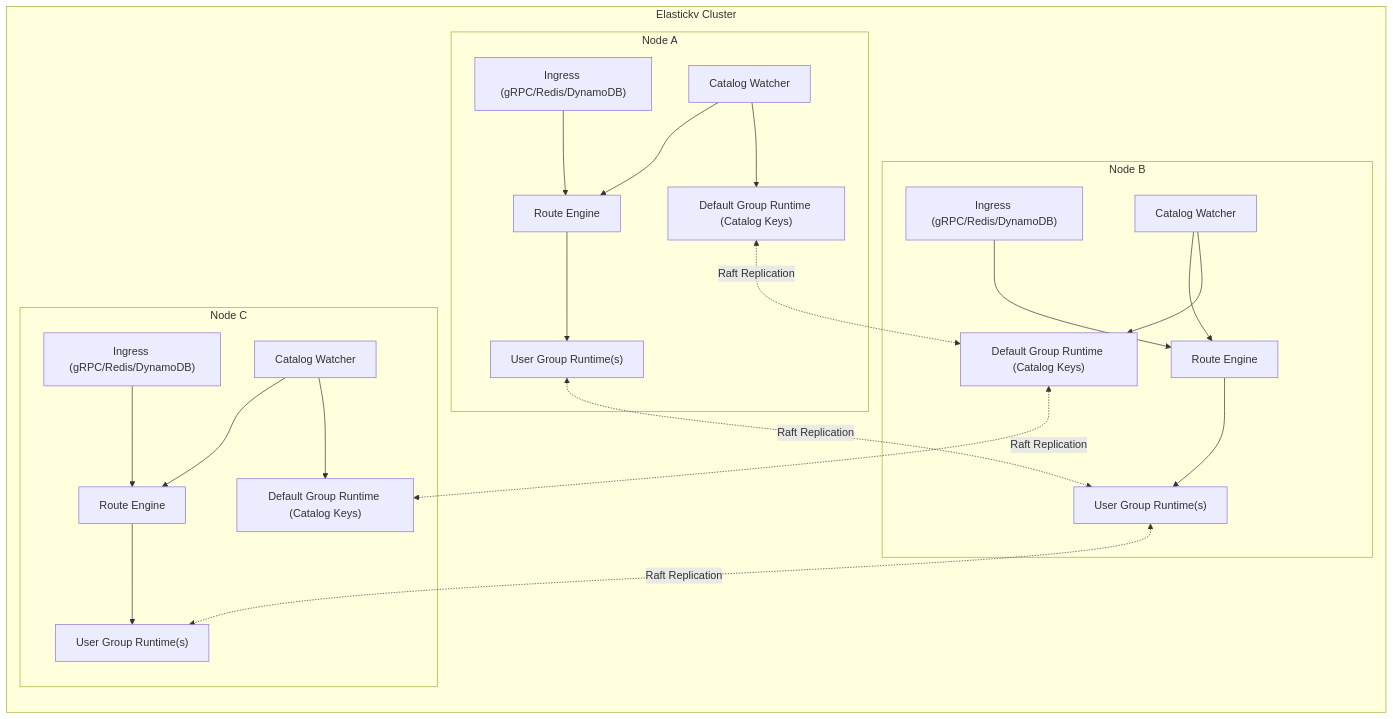
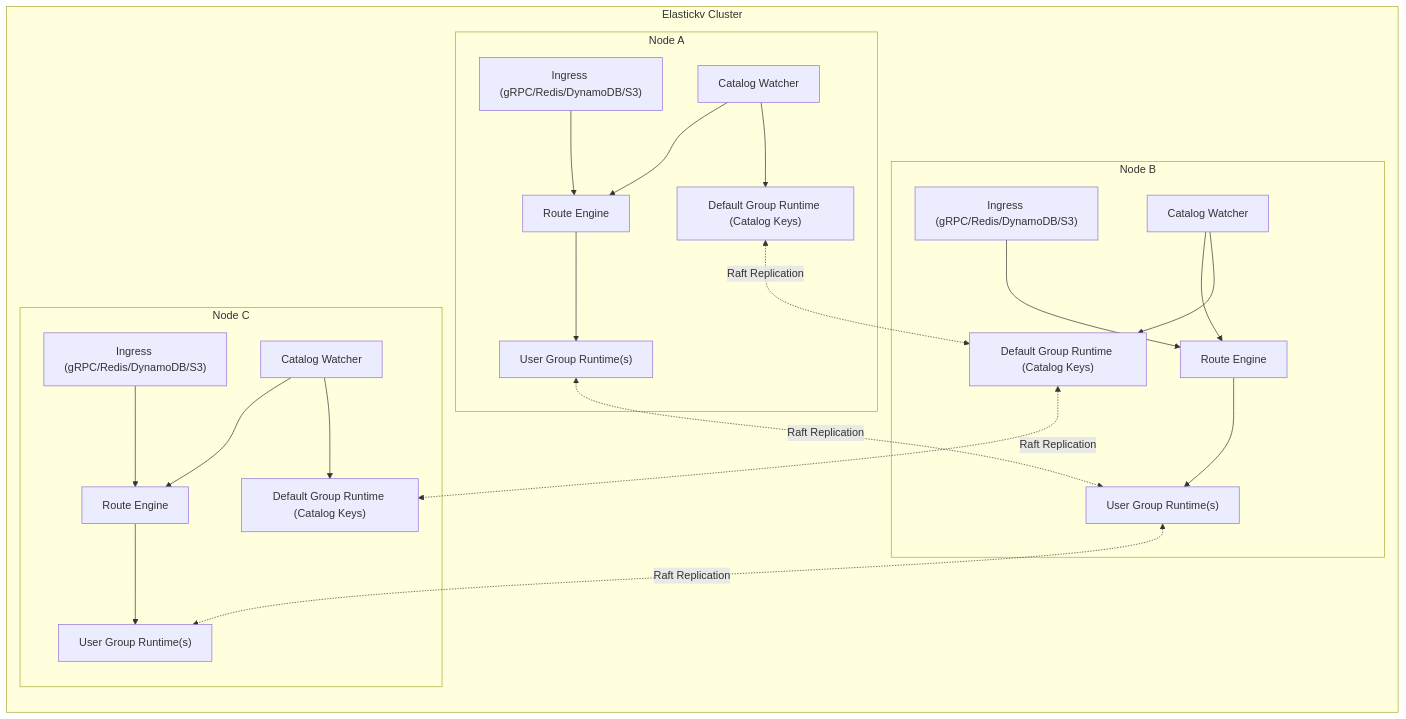
Before and after one commit to bootjp/elastickv: the second of 3 diagrams in docs/architecture_overview.md, drawn with Mermaid. The commit also changed other lines of this file and 1 other file, not shown here.

First line of the commit message:
docs: update README and architecture_overview to reflect S3 adapter and expanded Redis compatibility

````diff
--- a/docs/architecture_overview.md
+++ b/docs/architecture_overview.md
@@ -72,50 +78,50 @@
 ```mermaid
 flowchart LR
   subgraph Cluster["Elastickv Cluster"]
     subgraph N1["Node A"]
-      AIN["Ingress (gRPC/Redis/DynamoDB)"]
+      AIN["Ingress (gRPC/Redis/DynamoDB/S3)"]
       ADE["Route Engine"]
       ACW["Catalog Watcher"]
       ARG0["Default Group Runtime (Catalog Keys)"]
       ARG1["User Group Runtime(s)"]
     end
 
     subgraph N2["Node B"]
-      BIN["Ingress (gRPC/Redis/DynamoDB)"]
+      BIN["Ingress (gRPC/Redis/DynamoDB/S3)"]
       BDE["Route Engine"]
       BCW["Catalog Watcher"]
       BRG0["Default Group Runtime (Catalog Keys)"]
       BRG1["User Group Runtime(s)"]
     end
 
     subgraph N3["Node C"]
-      CIN["Ingress (gRPC/Redis/DynamoDB)"]
+      CIN["Ingress (gRPC/Redis/DynamoDB/S3)"]
       CDE["Route Engine"]
       CCW["Catalog Watcher"]
       CRG0["Default Group Runtime (Catalog Keys)"]
       CRG1["User Group Runtime(s)"]
     end
   end
 
   AIN --> ADE
   BIN --> BDE
   CIN --> CDE
 
   ADE --> ARG1
   BDE --> BRG1
   CDE --> CRG1
 
   ARG0 <-. "Raft Replication" .-> BRG0
   BRG0 <-. "Raft Replication" .-> CRG0
 
   ARG1 <-. "Raft Replication" .-> BRG1
   BRG1 <-. "Raft Replication" .-> CRG1
 
   ACW --> ARG0
   BCW --> BRG0
   CCW --> CRG0
 
   ACW --> ADE
   BCW --> BDE
   CCW --> CDE
 ```
````
